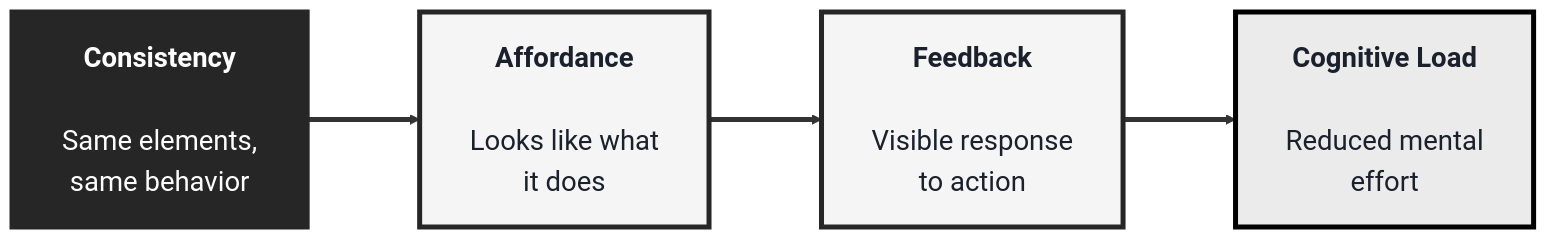
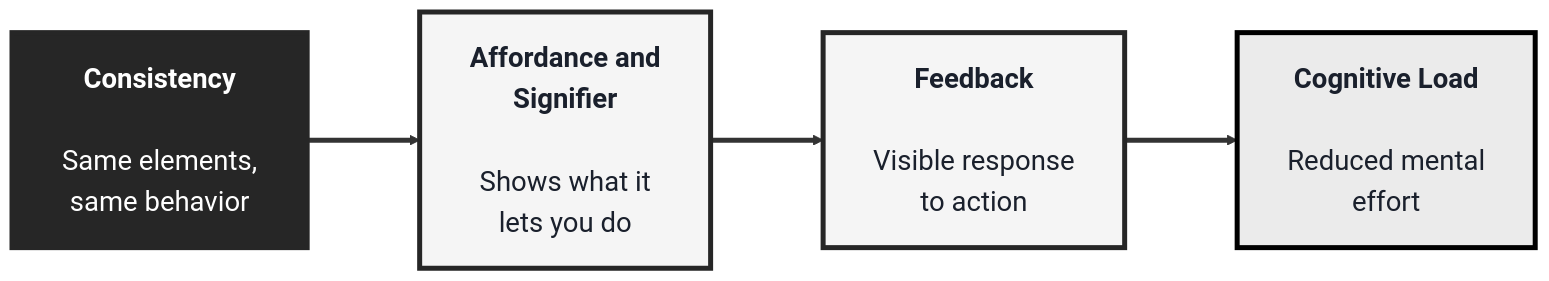
One commit to SHEMODELTECH/shemodeltech changed the third of 3 diagrams in src/Pages/courses/TechPO/product-design-module.md. Above: the diagram before and after it, drawn with Mermaid. The commit also changed other lines of this file and 53 other files, not shown here.

````diff
--- a/src/Pages/courses/TechPO/product-design-module.md
+++ b/src/Pages/courses/TechPO/product-design-module.md
@@ -141,16 +143,16 @@
 ```mermaid
 %%{init: {'theme':'base', 'themeVariables': {'fontSize':'22px', 'primaryTextColor':'#1a202c', 'primaryBorderColor':'#262626', 'lineColor':'#333333'}, 'flowchart': {'nodeSpacing': 70, 'rankSpacing': 90, 'padding': 20}}}%%
 flowchart LR
     C["<b>Consistency</b><br/><br/>Same elements,<br/>same behavior"]
-    A["<b>Affordance</b><br/><br/>Looks like what<br/>it does"]
+    A["<b>Affordance and<br/>Signifier</b><br/><br/>Shows what it<br/>lets you do"]
     F["<b>Feedback</b><br/><br/>Visible response<br/>to action"]
     CL["<b>Cognitive Load</b><br/><br/>Reduced mental<br/>effort"]
 
     C ==> A ==> F ==> CL
 
     style C fill:#262626,color:#fff,stroke:#262626,stroke-width:4px
     style A fill:#F5F5F5,color:#1a202c,stroke:#262626,stroke-width:4px
     style F fill:#F5F5F5,color:#1a202c,stroke:#262626,stroke-width:4px
     style CL fill:#EBEBEB,color:#1a202c,stroke:#000000,stroke-width:4px
     linkStyle default stroke-width:4px,stroke:#333333
 ```
````
